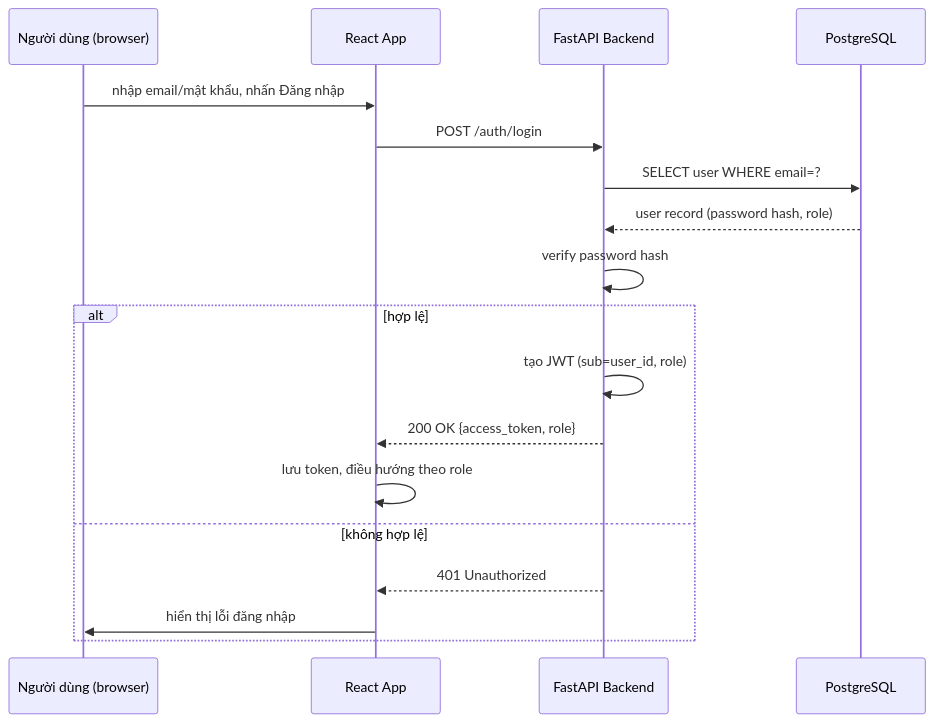
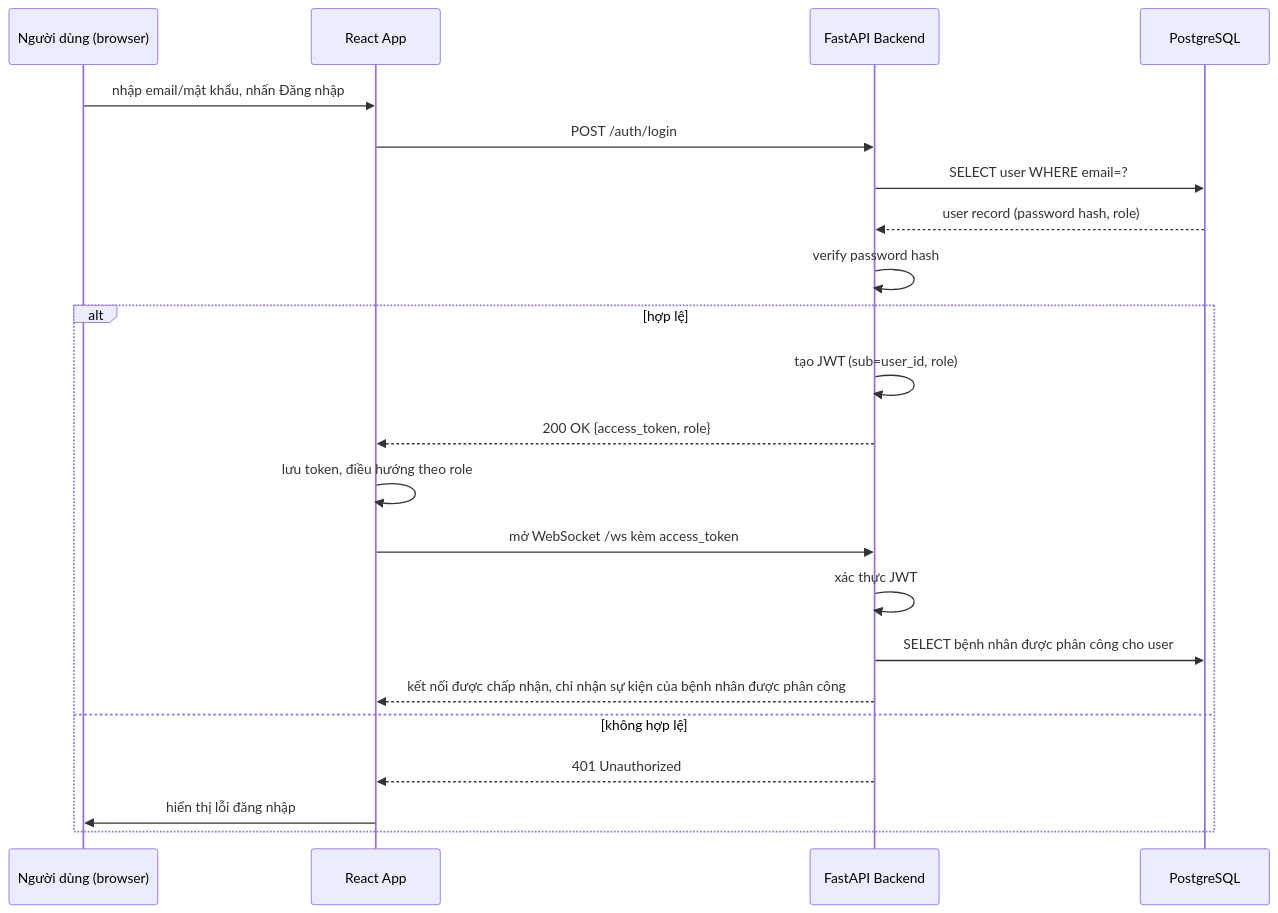
Before and after one commit to MinhNguyen1007/Remote-patient-monitoring-system-using-Streaming-MLOps: the second of 3 diagrams in docs/design/02_4_sequence.md, drawn with Mermaid. The commit also changed other lines of this file and 21 other files, not shown here.

````diff
--- a/docs/design/02_4_sequence.md
+++ b/docs/design/02_4_sequence.md
@@ -35,21 +51,25 @@
 ```mermaid
 sequenceDiagram
     participant U as Người dùng (browser)
     participant FE as React App
     participant BE as FastAPI Backend
     participant DB as PostgreSQL
 
     U->>FE: nhập email/mật khẩu, nhấn Đăng nhập
     FE->>BE: POST /auth/login
     BE->>DB: SELECT user WHERE email=?
     DB-->>BE: user record (password hash, role)
     BE->>BE: verify password hash
     alt hợp lệ
         BE->>BE: tạo JWT (sub=user_id, role)
         BE-->>FE: 200 OK {access_token, role}
         FE->>FE: lưu token, điều hướng theo role
+        FE->>BE: mở WebSocket /ws kèm access_token
+        BE->>BE: xác thực JWT
+        BE->>DB: SELECT bệnh nhân được phân công cho user
+        BE-->>FE: kết nối được chấp nhận, chỉ nhận sự kiện của bệnh nhân được phân công
     else không hợp lệ
         BE-->>FE: 401 Unauthorized
         FE->>U: hiển thị lỗi đăng nhập
     end
 ```
````
